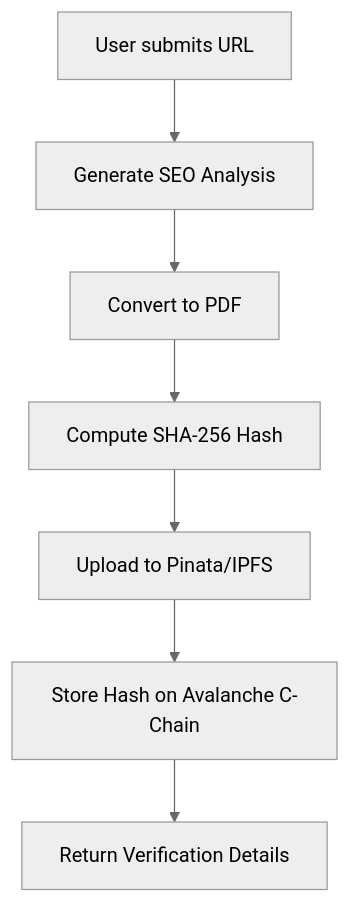
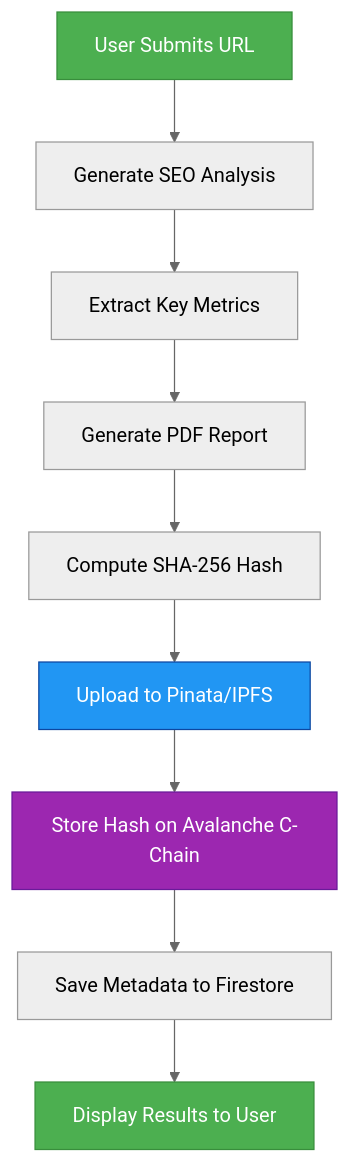
The first of 3 diagrams in README.md (senapati484/seo.ai), drawn with Mermaid (neutral theme) before and after one commit. The commit also changed other lines of this file and 20 other files, not shown here.

````diff
--- a/README.md
+++ b/README.md
@@ -25,9 +42,16 @@
 ```mermaid
 graph TD
-    A[User submits URL] --> B[Generate SEO Analysis]
-    B --> C[Convert to PDF]
-    C --> D[Compute SHA-256 Hash]
-    D --> E[Upload to Pinata/IPFS]
-    E --> F[Store Hash on Avalanche C-Chain]
-    F --> G[Return Verification Details]
+    A[User Submits URL] --> B[Generate SEO Analysis]
+    B --> C[Extract Key Metrics]
+    C --> D[Generate PDF Report]
+    D --> E[Compute SHA-256 Hash]
+    E --> F[Upload to Pinata/IPFS]
+    F --> G[Store Hash on Avalanche C-Chain]
+    G --> H[Save Metadata to Firestore]
+    H --> I[Display Results to User]
+
+    style A fill:#4CAF50,stroke:#388E3C,color:white
+    style I fill:#4CAF50,stroke:#388E3C,color:white
+    style F fill:#2196F3,stroke:#0D47A1,color:white
+    style G fill:#9C27B0,stroke:#6A1B9A,color:white
 ```
````
